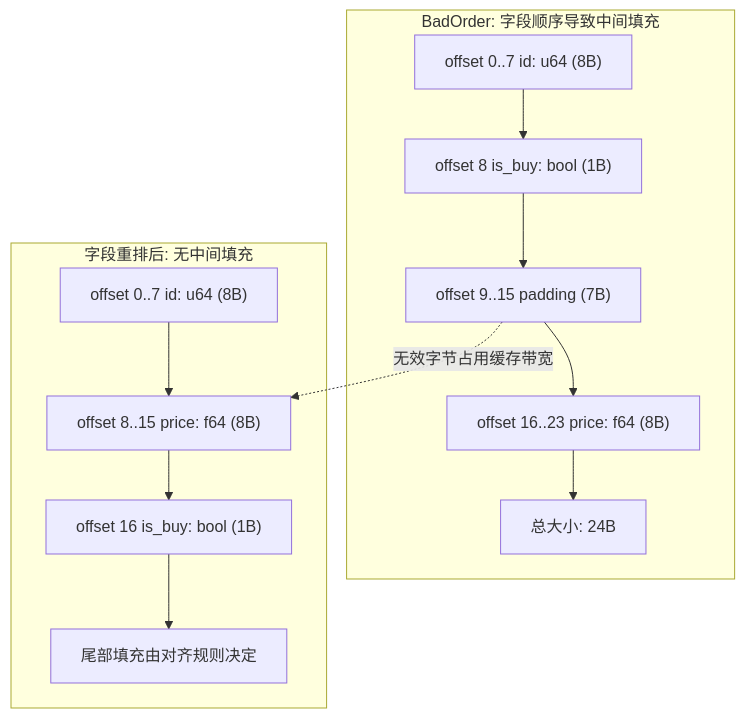
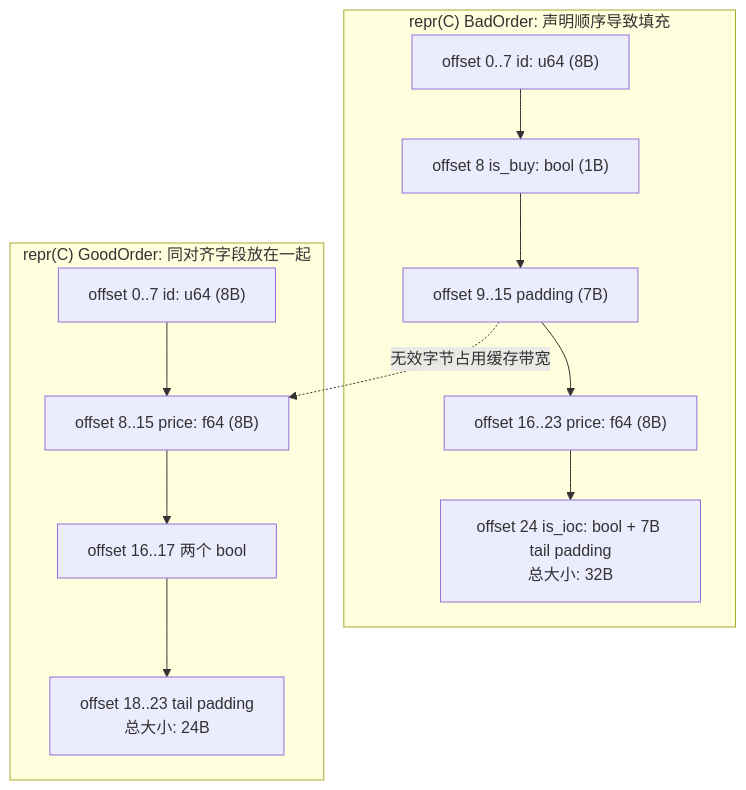
The fourth of 5 diagrams in src/foundations/memory_layout.md (xizheyin/hft-book-rs), drawn with Mermaid before and after one commit. The commit also changed other lines of this file and 88 other files, not shown here.

````diff
--- a/src/foundations/memory_layout.md
+++ b/src/foundations/memory_layout.md
@@ -100,17 +102,17 @@
 ```mermaid
 flowchart TB
-    subgraph Bad["BadOrder: 字段顺序导致中间填充"]
+    subgraph Bad["repr(C) BadOrder: 声明顺序导致填充"]
         B1["offset 0..7  id: u64 (8B)"] --> B2["offset 8     is_buy: bool (1B)"]
         B2 --> B3["offset 9..15 padding (7B)"]
         B3 --> B4["offset 16..23 price: f64 (8B)"]
-        B4 --> B5["总大小: 24B"]
+        B4 --> B5["offset 24 is_ioc: bool + 7B tail padding<br/>总大小: 32B"]
     end
 
-    subgraph Good["字段重排后: 无中间填充"]
+    subgraph Good["repr(C) GoodOrder: 同对齐字段放在一起"]
         G1["offset 0..7  id: u64 (8B)"] --> G2["offset 8..15 price: f64 (8B)"]
-        G2 --> G3["offset 16    is_buy: bool (1B)"]
-        G3 --> G4["尾部填充由对齐规则决定"]
+        G2 --> G3["offset 16..17 两个 bool"]
+        G3 --> G4["offset 18..23 tail padding<br/>总大小: 24B"]
     end
 
     B3 -.无效字节占用缓存带宽.-> G2
 ```
````
